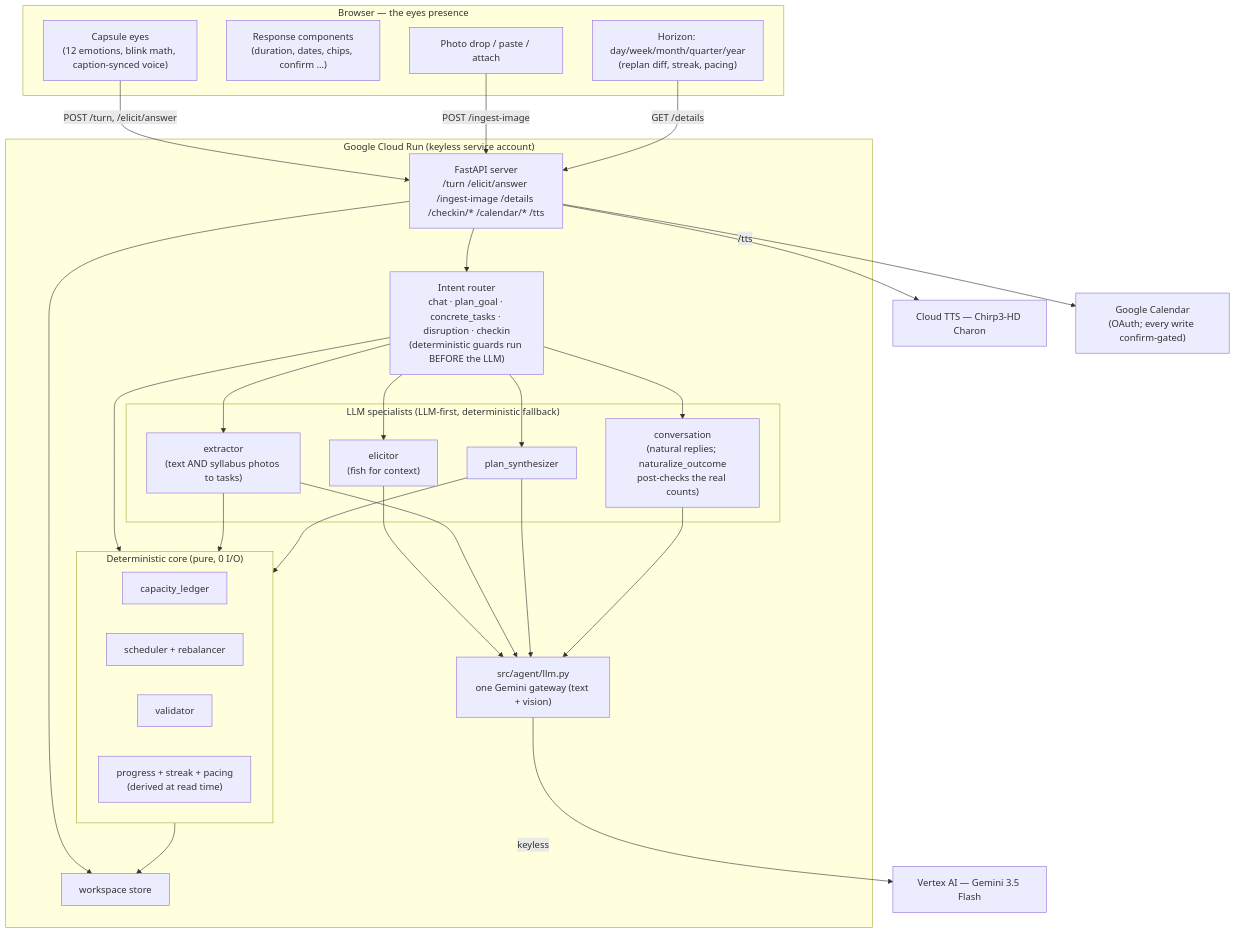
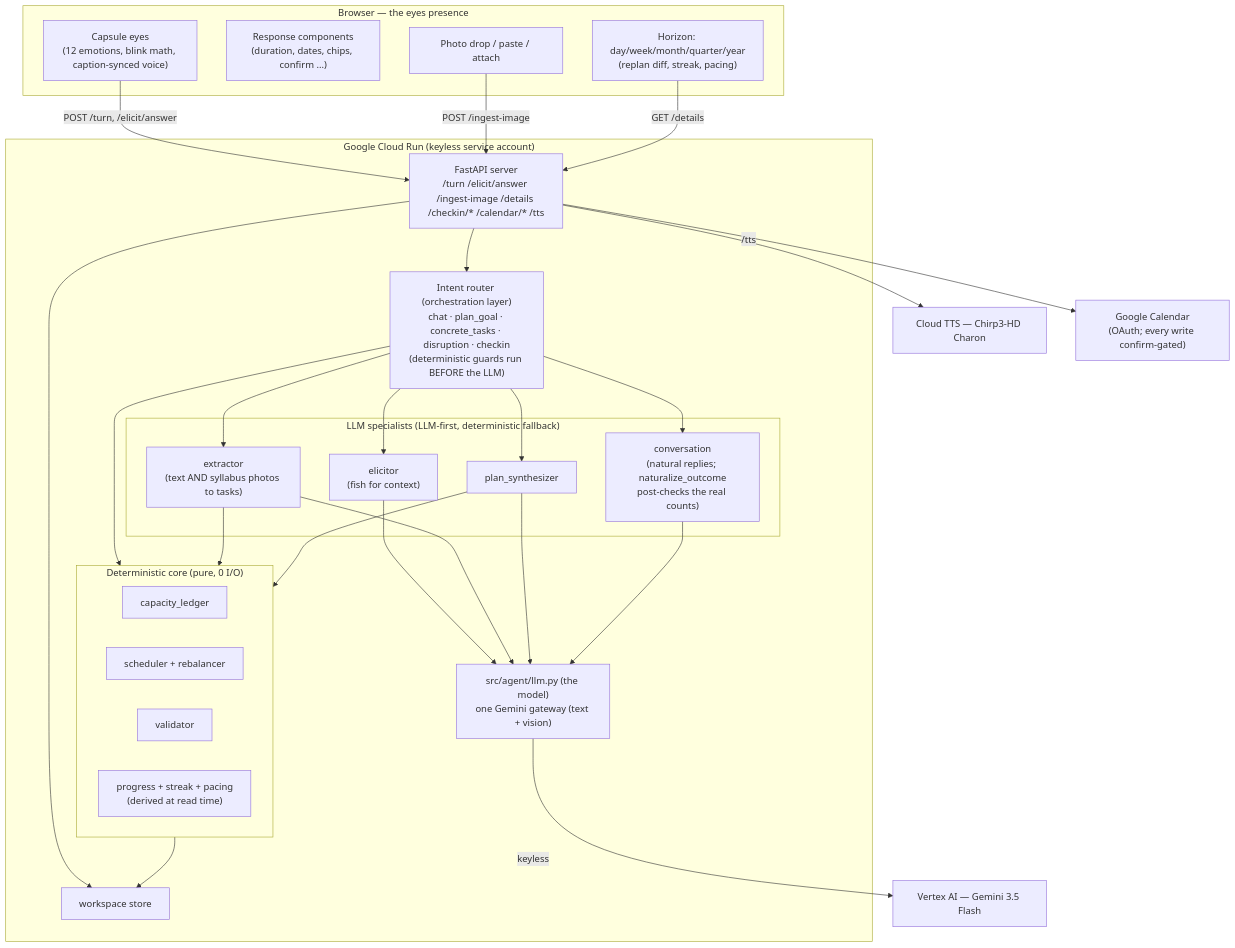
The first of 3 diagrams in docs/DIAGRAMS.md (cozyCodr/blink), drawn with Mermaid before and after one commit. The commit also changed other lines of this file and 4 other files, not shown here.

````diff
--- a/docs/DIAGRAMS.md
+++ b/docs/DIAGRAMS.md
@@ -12,49 +12,49 @@
 ```mermaid
 flowchart TB
     subgraph Browser["Browser — the eyes presence"]
         Eyes["Capsule eyes<br/>(12 emotions, blink math, caption-synced voice)"]
         Kit["Response components<br/>(duration, dates, chips, confirm ...)"]
         Horizon["Horizon: day/week/month/quarter/year<br/>(replan diff, streak, pacing)"]
         Ingest["Photo drop / paste / attach"]
     end
 
     subgraph CloudRun["Google Cloud Run (keyless service account)"]
         API["FastAPI server<br/>/turn /elicit/answer /ingest-image /details /checkin/* /calendar/* /tts"]
-        Router["Intent router<br/>chat · plan_goal · concrete_tasks · disruption · checkin<br/>(deterministic guards run BEFORE the LLM)"]
+        Router["Intent router (orchestration layer)<br/>chat · plan_goal · concrete_tasks · disruption · checkin<br/>(deterministic guards run BEFORE the LLM)"]
 
         subgraph Specialists["LLM specialists (LLM-first, deterministic fallback)"]
             Elicitor["elicitor<br/>(fish for context)"]
             Extractor["extractor<br/>(text AND syllabus photos to tasks)"]
             Synth["plan_synthesizer"]
             Convo["conversation<br/>(natural replies; naturalize_outcome<br/>post-checks the real counts)"]
         end
 
         subgraph Core["Deterministic core (pure, 0 I/O)"]
             Ledger["capacity_ledger"]
             Scheduler["scheduler + rebalancer"]
             Validator["validator"]
             Progress["progress + streak + pacing<br/>(derived at read time)"]
         end
 
-        LLM["src/agent/llm.py<br/>one Gemini gateway (text + vision)"]
+        LLM["src/agent/llm.py (the model)<br/>one Gemini gateway (text + vision)"]
         Store["workspace store"]
     end
 
     Vertex["Vertex AI — Gemini 3.5 Flash"]
     TTS["Cloud TTS — Chirp3-HD Charon"]
     GCal["Google Calendar<br/>(OAuth; every write confirm-gated)"]
 
     Eyes -->|"POST /turn, /elicit/answer"| API
     Ingest -->|"POST /ingest-image"| API
     Horizon -->|"GET /details"| API
     API --> Router
     Router --> Elicitor & Extractor & Synth & Convo
     Elicitor & Extractor & Synth & Convo --> LLM
     LLM -->|"keyless"| Vertex
     API -->|"/tts"| TTS
     API --> GCal
     Router --> Core
     Extractor & Synth --> Core
     Core --> Store
     API --> Store
 ```
````
